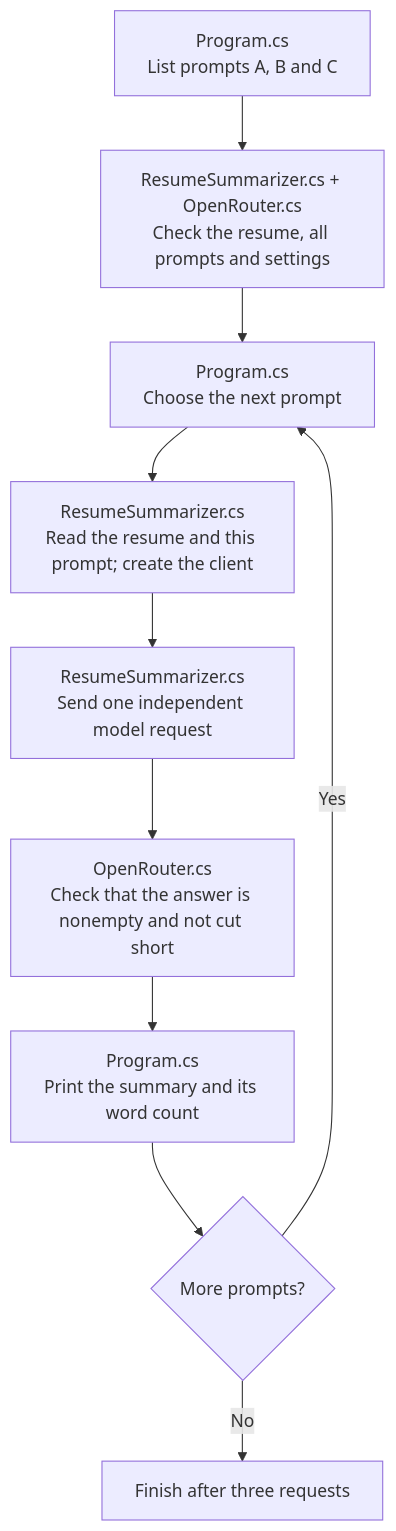
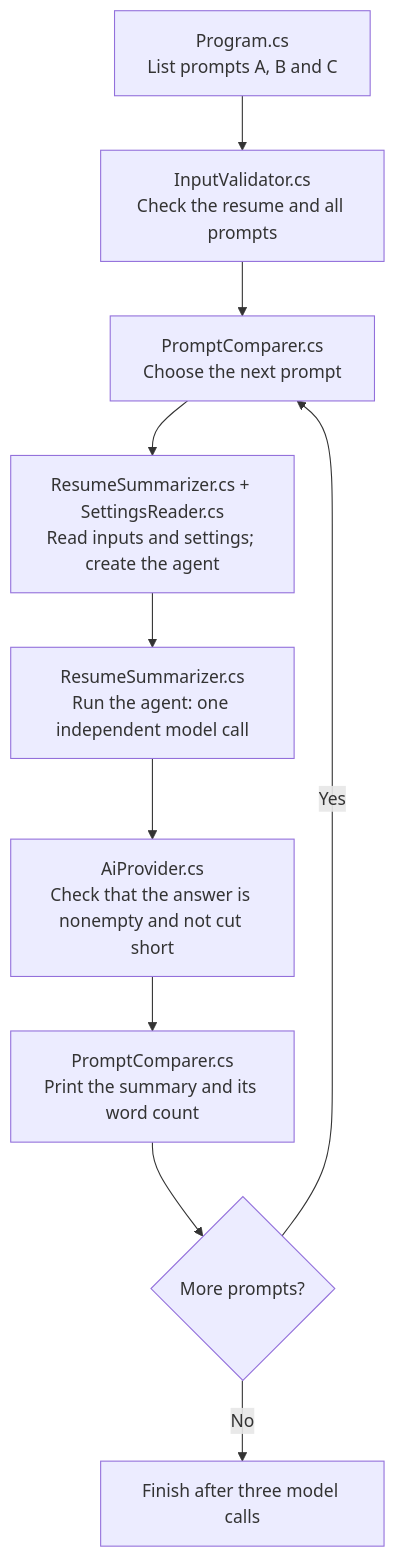
Before and after one commit to KhosroPakmanesh/ai-engineering-training: the diagram in 01-prompt-engineering/prompt-engineering/README.md, drawn with Mermaid. The commit also changed other lines of this file and 80 other files, not shown here.

````diff
--- a/01-prompt-engineering/prompt-engineering/README.md
+++ b/01-prompt-engineering/prompt-engineering/README.md
@@ -17,12 +17,12 @@
 ```mermaid
 flowchart TD
-    A["Program.cs<br/>List prompts A, B and C"] --> B["ResumeSummarizer.cs + OpenRouter.cs<br/>Check the resume, all prompts and settings"]
-    B --> C["Program.cs<br/>Choose the next prompt"]
-    C --> D["ResumeSummarizer.cs<br/>Read the resume and this prompt; create the client"]
-    D --> E["ResumeSummarizer.cs<br/>Send one independent model request"]
-    E --> F["OpenRouter.cs<br/>Check that the answer is nonempty and not cut short"]
-    F --> G["Program.cs<br/>Print the summary and its word count"]
+    A["Program.cs<br/>List prompts A, B and C"] --> B["InputValidator.cs<br/>Check the resume and all prompts"]
+    B --> C["PromptComparer.cs<br/>Choose the next prompt"]
+    C --> D["ResumeSummarizer.cs + SettingsReader.cs<br/>Read inputs and settings; create the agent"]
+    D --> E["ResumeSummarizer.cs<br/>Run the agent: one independent model call"]
+    E --> F["AiProvider.cs<br/>Check that the answer is nonempty and not cut short"]
+    F --> G["PromptComparer.cs<br/>Print the summary and its word count"]
     G --> H{"More prompts?"}
     H -->|Yes| C
-    H -->|No| I["Finish after three requests"]
+    H -->|No| I["Finish after three model calls"]
 ```
````
